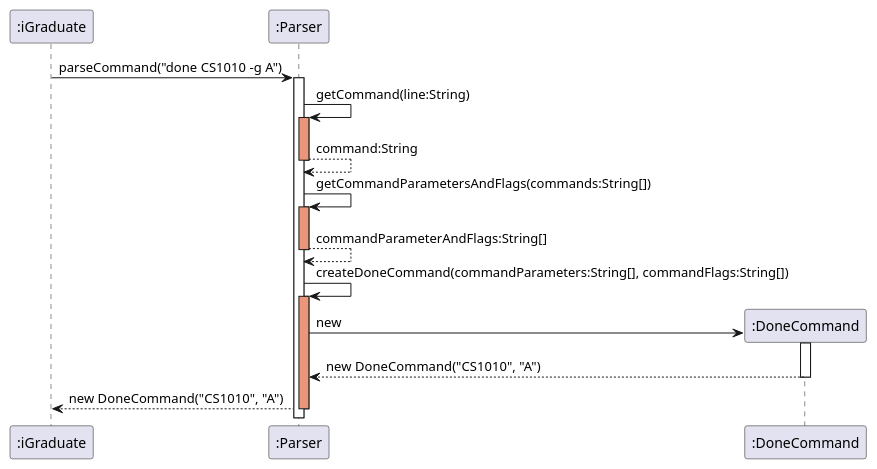
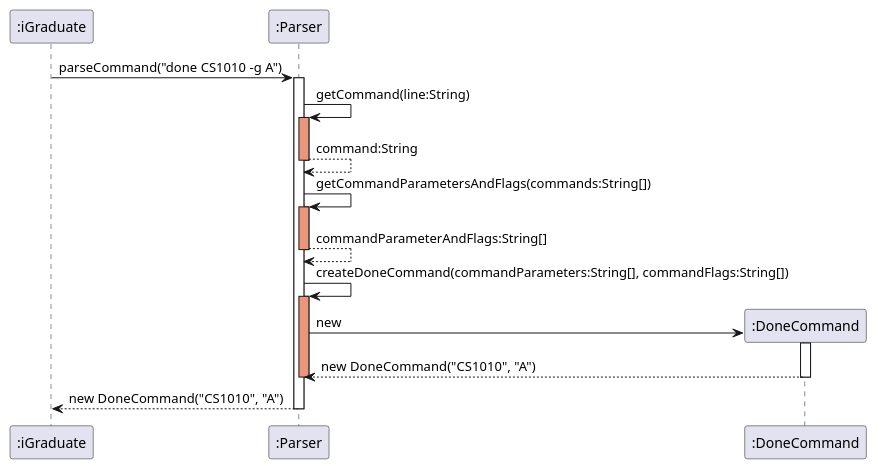
The diagram in docs/diagrams/ParserSequenceDiagram.puml (oscarlai1998/tp), drawn with PlantUML before and after one commit. The commit also changed 10 other files, not shown here.

Commit message:
Add sequence diagram for UpdateCommand, fix bugs in other sequence diagrams

```diff
--- a/docs/diagrams/ParserSequenceDiagram.puml
+++ b/docs/diagrams/ParserSequenceDiagram.puml
@@ -1,30 +1,30 @@
 @startuml
 participant ":iGraduate" as iGraduate
 participant ":Parser" as Parser
 participant ":DoneCommand" as DoneCommand
 
 iGraduate -> Parser: parseCommand("done CS1010 -g A")
 activate Parser
 
 Parser -> Parser: getCommand(line:String)
 activate Parser #DarkSalmon
 return command:String
 
 Parser -> Parser: getCommandParametersAndFlags(commands:String[])
 activate Parser #DarkSalmon
 return commandParameterAndFlags:String[]
 
 Parser -> Parser: createDoneCommand(commandParameters:String[], commandFlags:String[])
 activate Parser #DarkSalmon
 
 create DoneCommand
 Parser -> DoneCommand: new
 activate DoneCommand
 DoneCommand --> Parser: new DoneCommand("CS1010", "A")
 deactivate DoneCommand
-
+deactivate Parser
 Parser --> iGraduate: new DoneCommand("CS1010", "A")
 
 deactivate Parser
 
 @enduml
```
